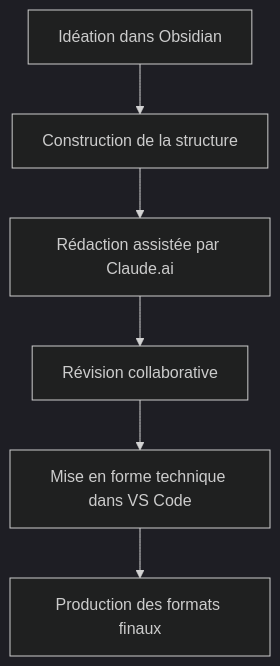
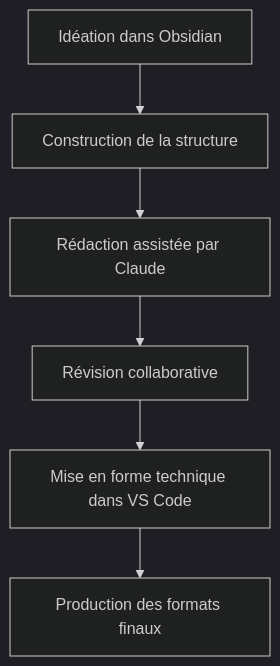
The diagram in docs/guide-complet.md (EricVBogaert/edition-litteraire-claude-ai), drawn with Mermaid (dark theme) before and after one commit. The commit also changed other lines of this file, not shown here.

````diff
--- a/docs/guide-complet.md
+++ b/docs/guide-complet.md
@@ -90,8 +91,8 @@
 ```mermaid
 graph TD
     A[Idéation dans Obsidian] --> B[Construction de la structure]
-    B --> C[Rédaction assistée par Claude.ai]
+    B --> C[Rédaction assistée par Claude]
     C --> D[Révision collaborative]
     D --> E[Mise en forme technique dans VS Code]
     E --> F[Production des formats finaux]
 ```
````
